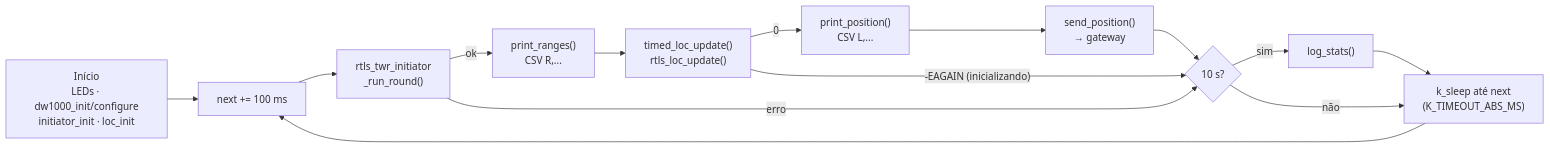
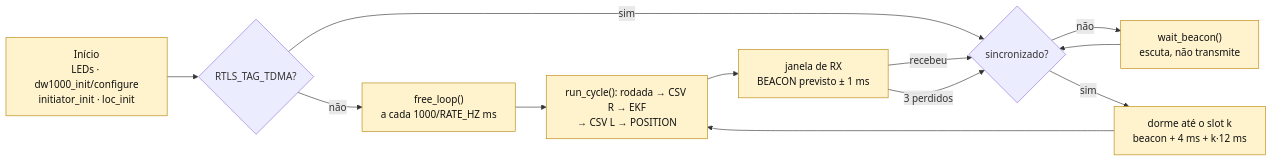
Before and after one commit to MauroTony/dwm1001-rtls-fw: the tenth of 16 diagrams in docs/09-guia-do-codigo.md, drawn with Mermaid. The commit also changed other lines of this file and 5 other files, not shown here.

````diff
--- a/docs/09-guia-do-codigo.md
+++ b/docs/09-guia-do-codigo.md
@@ -398,12 +404,12 @@
 ```mermaid
 flowchart LR
-    s["Início<br/>LEDs · dw1000_init/configure<br/>initiator_init · loc_init"] --> c["next += 100 ms"]
-    c --> r["rtls_twr_initiator<br/>_run_round()"]
-    r -- ok --> p["print_ranges()<br/>CSV R,..."] --> l["timed_loc_update()<br/>rtls_loc_update()"]
-    l -- 0 --> pp["print_position()<br/>CSV L,..."] --> pos["send_position()<br/>→ gateway"] --> st
-    l -- "-EAGAIN (inicializando)" --> st
-    r -- erro --> st{"10 s?"}
-    st -- sim --> ls["log_stats()"] --> z
-    st -- não --> z["k_sleep até next<br/>(K_TIMEOUT_ABS_MS)"]
-    z --> c
+    s["Início<br/>LEDs · dw1000_init/configure<br/>initiator_init · loc_init"]:::bench --> m{"RTLS_TAG_TDMA?"}
+    m -- não --> f["free_loop()<br/>a cada 1000/RATE_HZ ms"]:::bench --> cyc
+    m -- sim --> sync{"sincronizado?"}
+    sync -- não --> w["wait_beacon()<br/>escuta, não transmite"]:::bench --> sync
+    sync -- sim --> slot["dorme até o slot k<br/>beacon + 4 ms + k·12 ms"]:::bench --> cyc
+    cyc["run_cycle(): rodada → CSV R → EKF<br/>→ CSV L → POSITION"]:::bench --> nb["janela de RX<br/>BEACON previsto ± 1 ms"]:::bench
+    nb -- recebeu --> sync
+    nb -- "3 perdidos" --> sync
+    classDef bench fill:#fff3cd,stroke:#b8860b,color:#111
 ```
````
